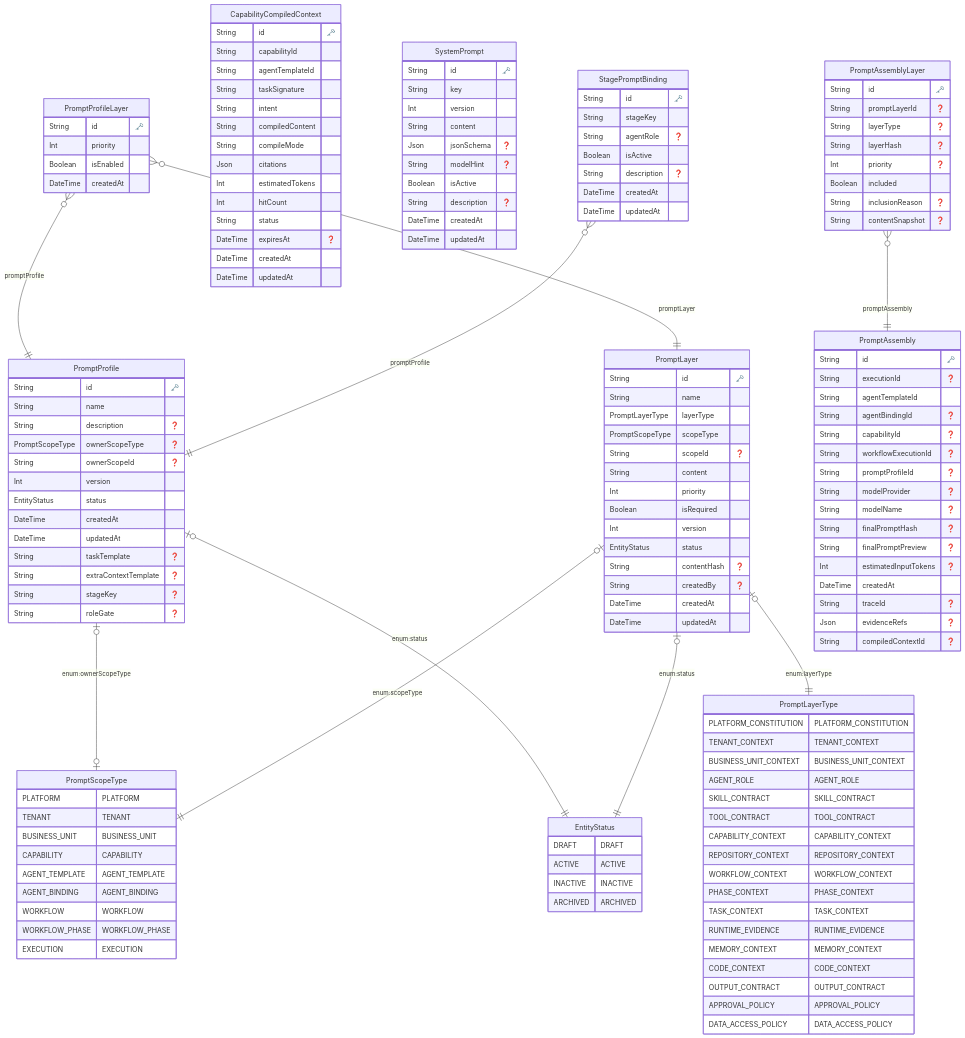
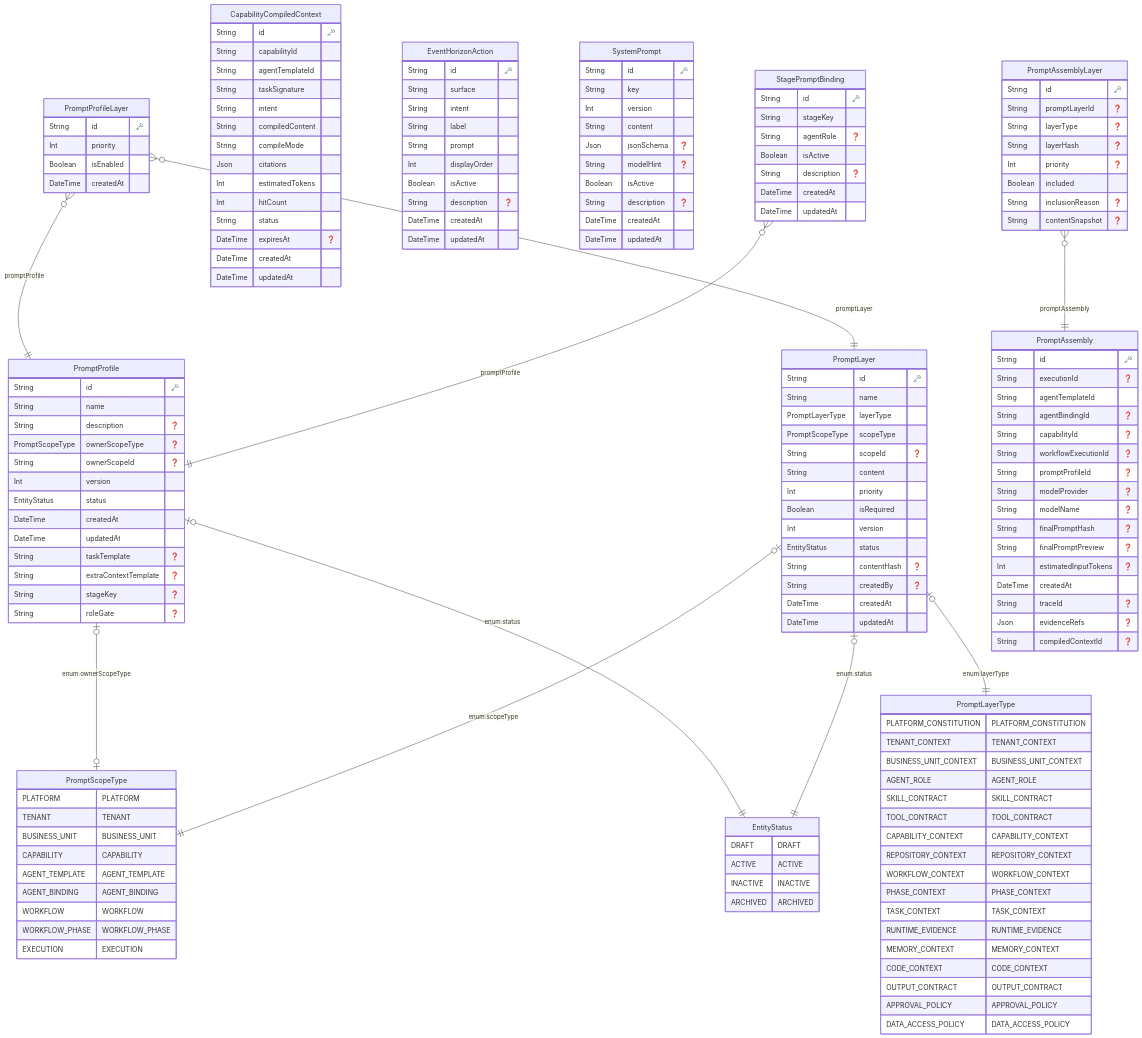
One commit to ashokraj2011/singularity-platform changed the diagram in docs/data-model/03-prompt-composer-owned.md. Above: the diagram before and after it, drawn with Mermaid. The commit also changed 7 other files, not shown here.

```diff
--- a/docs/data-model/03-prompt-composer-owned.md
+++ b/docs/data-model/03-prompt-composer-owned.md
@@ -125,6 +125,20 @@
     }
   
 
+  "EventHorizonAction" {
+    String id "🗝️"
+    String surface 
+    String intent 
+    String label 
+    String prompt 
+    Int displayOrder 
+    Boolean isActive 
+    String description "❓"
+    DateTime createdAt 
+    DateTime updatedAt 
+    }
+  
+
   "SystemPrompt" {
     String id "🗝️"
     String key 
```
